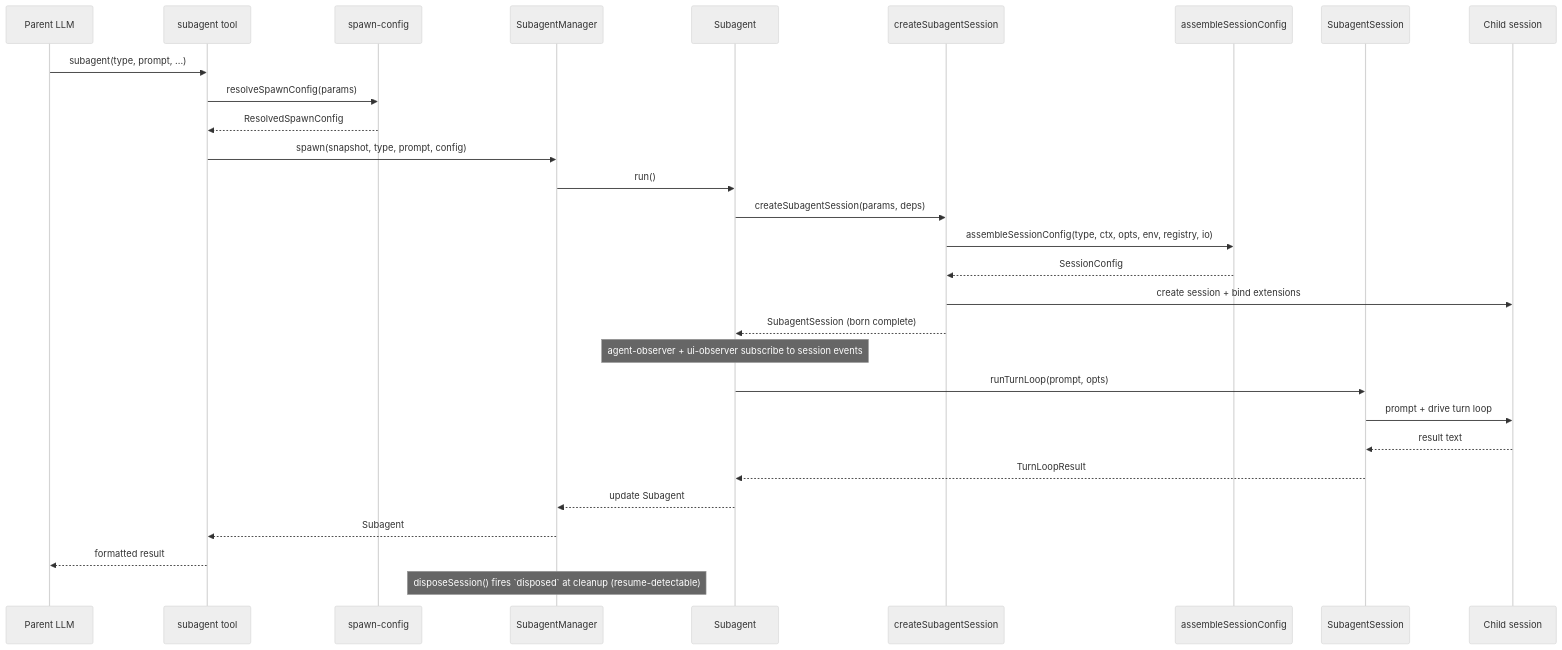
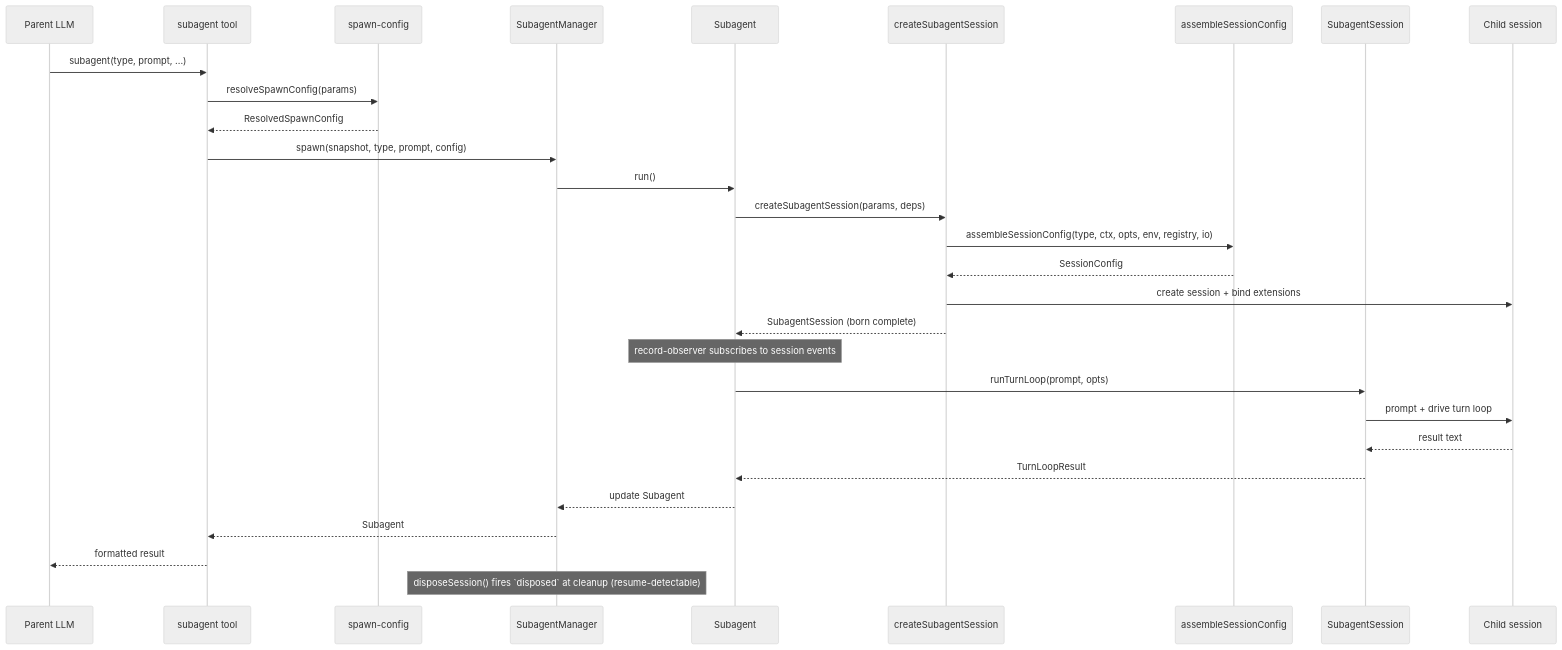
The fourth of 6 diagrams in docs/architecture/architecture.md (ttdua/pi-subagents), drawn with Mermaid (neutral theme) before and after one commit. The commit also changed other lines of this file, not shown here.

````diff
--- a/docs/architecture/architecture.md
+++ b/docs/architecture/architecture.md
@@ -239,32 +237,32 @@
 ```mermaid
 sequenceDiagram
     participant LLM as Parent LLM
     participant Tool as subagent tool
     participant Spawn as spawn-config
     participant Mgr as SubagentManager
     participant Ag as Subagent
     participant Factory as createSubagentSession
     participant Asm as assembleSessionConfig
     participant Sub as SubagentSession
     participant Child as Child session
 
     LLM->>Tool: subagent(type, prompt, ...)
     Tool->>Spawn: resolveSpawnConfig(params)
     Spawn-->>Tool: ResolvedSpawnConfig
     Tool->>Mgr: spawn(snapshot, type, prompt, config)
     Mgr->>Ag: run()
     Ag->>Factory: createSubagentSession(params, deps)
     Factory->>Asm: assembleSessionConfig(type, ctx, opts, env, registry, io)
     Asm-->>Factory: SessionConfig
     Factory->>Child: create session + bind extensions
     Factory-->>Ag: SubagentSession (born complete)
-    Note over Ag: agent-observer + ui-observer subscribe to session events
+    Note over Ag: record-observer subscribes to session events
     Ag->>Sub: runTurnLoop(prompt, opts)
     Sub->>Child: prompt + drive turn loop
     Child-->>Sub: result text
     Sub-->>Ag: TurnLoopResult
     Ag-->>Mgr: update Subagent
     Mgr-->>Tool: Subagent
     Tool-->>LLM: formatted result
     Note over Mgr: disposeSession() fires `disposed` at cleanup (resume-detectable)
 ```
````
